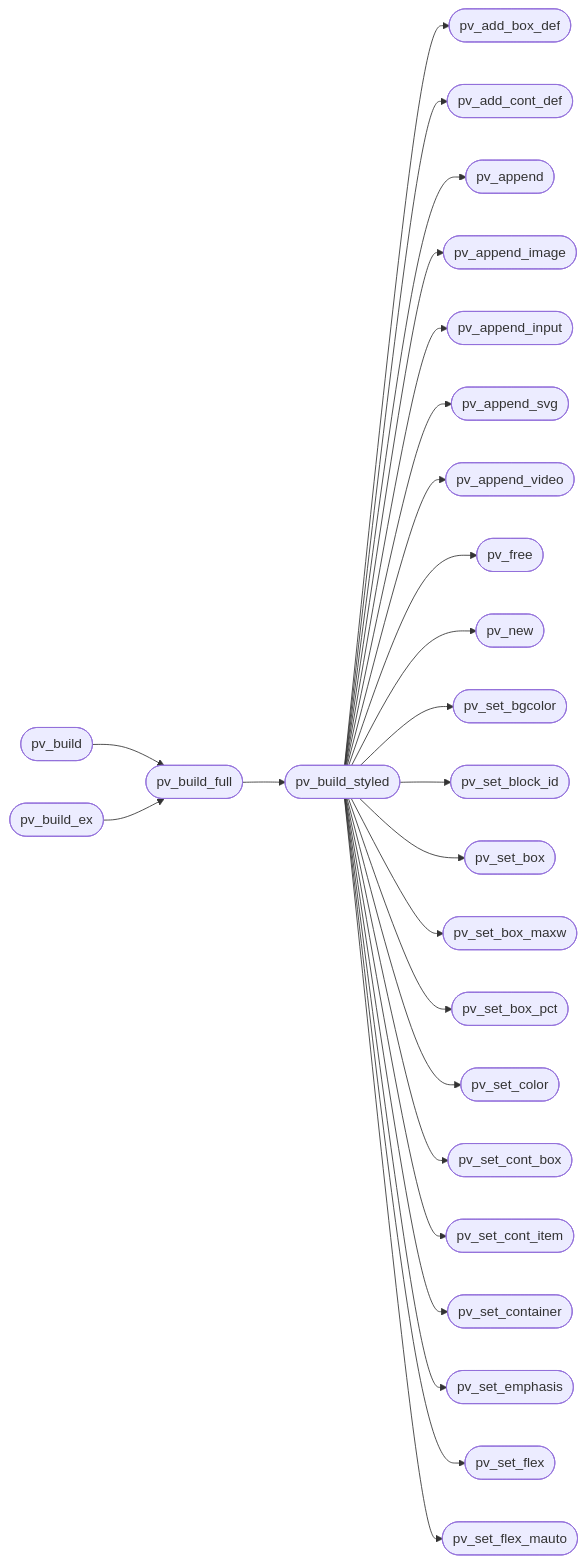
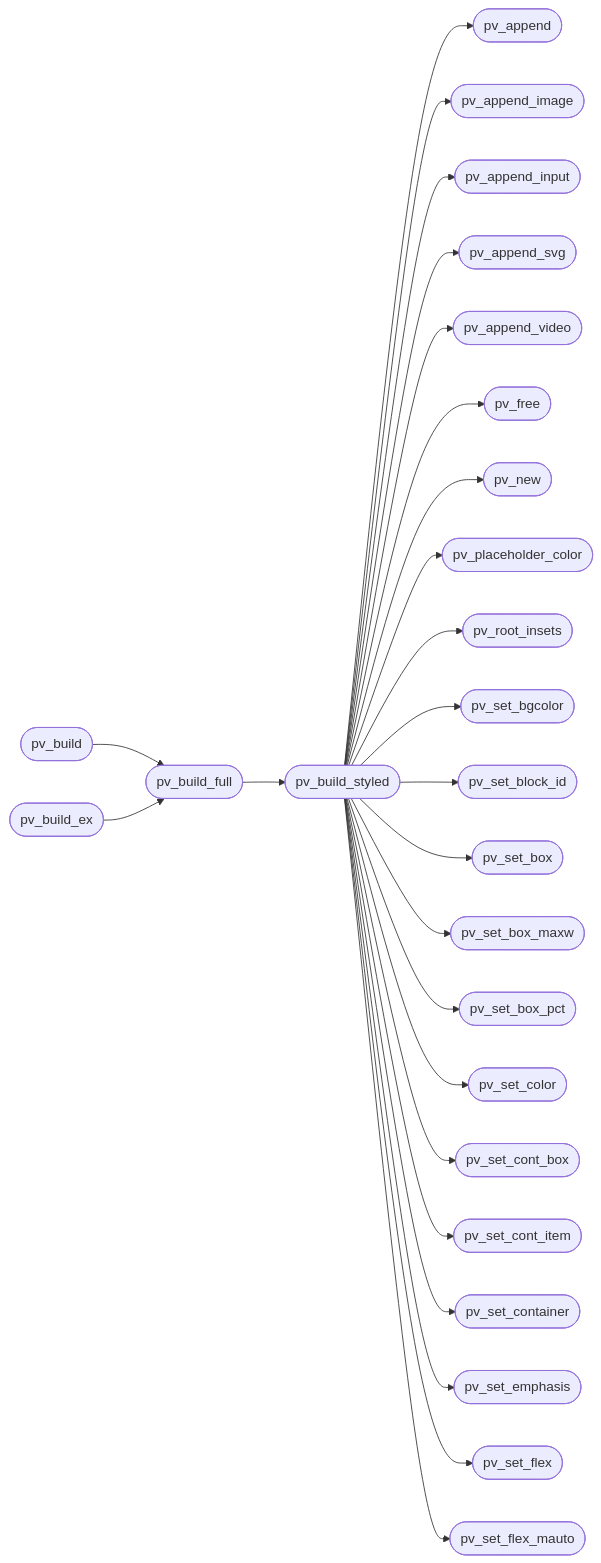
The second of 2 diagrams in readmenator-apidocs/modules/src.page_view.c.md (grisuno/FreeDom), drawn with Mermaid before and after one commit. The commit also changed other lines of this file and 323 other files, not shown here.

````diff
--- a/readmenator-apidocs/modules/src.page_view.c.md
+++ b/readmenator-apidocs/modules/src.page_view.c.md
@@ -60,52 +60,52 @@
 ```mermaid
 flowchart LR
     n_src_page_view_c__pv_build(["pv_build"])
     n_src_page_view_c__pv_build_full(["pv_build_full"])
     n_src_page_view_c__pv_build_ex(["pv_build_ex"])
     n_src_page_view_c__pv_build_styled(["pv_build_styled"])
-    n_src_page_view_c__pv_add_box_def(["pv_add_box_def"])
-    n_src_page_view_c__pv_add_cont_def(["pv_add_cont_def"])
     n_src_page_view_c__pv_append(["pv_append"])
     n_src_page_view_c__pv_append_image(["pv_append_image"])
     n_src_page_view_c__pv_append_input(["pv_append_input"])
     n_src_page_view_c__pv_append_svg(["pv_append_svg"])
     n_src_page_view_c__pv_append_video(["pv_append_video"])
     n_src_page_view_c__pv_free(["pv_free"])
     n_src_page_view_c__pv_new(["pv_new"])
+    n_src_page_view_c__pv_placeholder_color(["pv_placeholder_color"])
+    n_src_page_view_c__pv_root_insets(["pv_root_insets"])
     n_src_page_view_c__pv_set_bgcolor(["pv_set_bgcolor"])
     n_src_page_view_c__pv_set_block_id(["pv_set_block_id"])
     n_src_page_view_c__pv_set_box(["pv_set_box"])
     n_src_page_view_c__pv_set_box_maxw(["pv_set_box_maxw"])
     n_src_page_view_c__pv_set_box_pct(["pv_set_box_pct"])
     n_src_page_view_c__pv_set_color(["pv_set_color"])
     n_src_page_view_c__pv_set_cont_box(["pv_set_cont_box"])
     n_src_page_view_c__pv_set_cont_item(["pv_set_cont_item"])
     n_src_page_view_c__pv_set_container(["pv_set_container"])
     n_src_page_view_c__pv_set_emphasis(["pv_set_emphasis"])
     n_src_page_view_c__pv_set_flex(["pv_set_flex"])
     n_src_page_view_c__pv_set_flex_mauto(["pv_set_flex_mauto"])
     n_src_page_view_c__pv_build --> n_src_page_view_c__pv_build_full
     n_src_page_view_c__pv_build_ex --> n_src_page_view_c__pv_build_full
     n_src_page_view_c__pv_build_full --> n_src_page_view_c__pv_build_styled
-    n_src_page_view_c__pv_build_styled --> n_src_page_view_c__pv_add_box_def
-    n_src_page_view_c__pv_build_styled --> n_src_page_view_c__pv_add_cont_def
     n_src_page_view_c__pv_build_styled --> n_src_page_view_c__pv_append
     n_src_page_view_c__pv_build_styled --> n_src_page_view_c__pv_append_image
     n_src_page_view_c__pv_build_styled --> n_src_page_view_c__pv_append_input
     n_src_page_view_c__pv_build_styled --> n_src_page_view_c__pv_append_svg
     n_src_page_view_c__pv_build_styled --> n_src_page_view_c__pv_append_video
     n_src_page_view_c__pv_build_styled --> n_src_page_view_c__pv_free
     n_src_page_view_c__pv_build_styled --> n_src_page_view_c__pv_new
+    n_src_page_view_c__pv_build_styled --> n_src_page_view_c__pv_placeholder_color
+    n_src_page_view_c__pv_build_styled --> n_src_page_view_c__pv_root_insets
     n_src_page_view_c__pv_build_styled --> n_src_page_view_c__pv_set_bgcolor
     n_src_page_view_c__pv_build_styled --> n_src_page_view_c__pv_set_block_id
     n_src_page_view_c__pv_build_styled --> n_src_page_view_c__pv_set_box
     n_src_page_view_c__pv_build_styled --> n_src_page_view_c__pv_set_box_maxw
     n_src_page_view_c__pv_build_styled --> n_src_page_view_c__pv_set_box_pct
     n_src_page_view_c__pv_build_styled --> n_src_page_view_c__pv_set_color
     n_src_page_view_c__pv_build_styled --> n_src_page_view_c__pv_set_cont_box
     n_src_page_view_c__pv_build_styled --> n_src_page_view_c__pv_set_cont_item
     n_src_page_view_c__pv_build_styled --> n_src_page_view_c__pv_set_container
     n_src_page_view_c__pv_build_styled --> n_src_page_view_c__pv_set_emphasis
     n_src_page_view_c__pv_build_styled --> n_src_page_view_c__pv_set_flex
     n_src_page_view_c__pv_build_styled --> n_src_page_view_c__pv_set_flex_mauto
 ```
````
